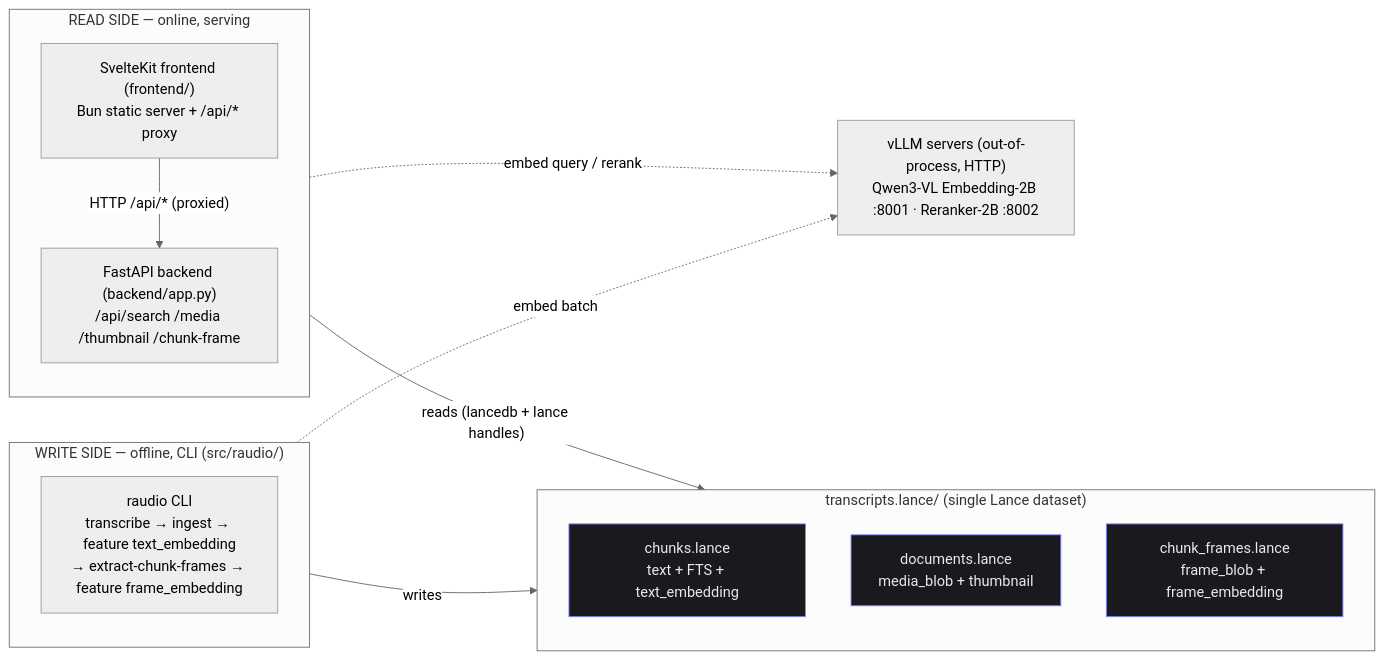
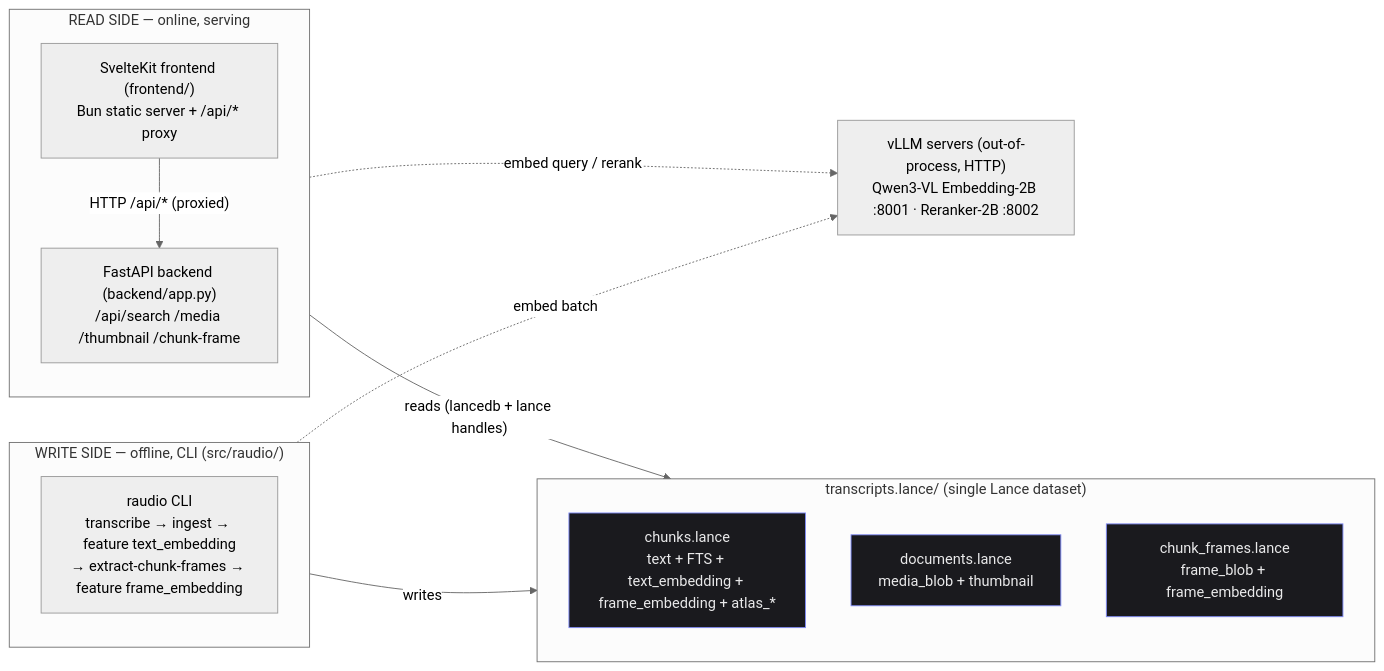
Before and after one commit to Borg93/lance-audio-demo: the first of 4 diagrams in GUIDE.md, drawn with Mermaid (neutral theme). The commit also changed other lines of this file and 29 other files, not shown here.

First line of the commit message:
Embedding Atlas: WebGPU scatter, EVōC text+visual projections, cross-filter

````diff
--- a/GUIDE.md
+++ b/GUIDE.md
@@ -31,31 +31,31 @@
 ```mermaid
 flowchart LR
     subgraph WRITE["WRITE SIDE — offline, CLI (src/raudio/)"]
         direction TB
         CLI["raudio CLI<br/>transcribe → ingest → feature text_embedding<br/>→ extract-chunk-frames → feature frame_embedding"]
     end
 
     subgraph DB["transcripts.lance/ (single Lance dataset)"]
         direction TB
-        T1["chunks.lance<br/>text + FTS + text_embedding"]
+        T1["chunks.lance<br/>text + FTS + text_embedding + frame_embedding + atlas_*"]
         T2["documents.lance<br/>media_blob + thumbnail"]
         T3["chunk_frames.lance<br/>frame_blob + frame_embedding"]
     end
 
     subgraph READ["READ SIDE — online, serving"]
         direction TB
         FE["SvelteKit frontend (frontend/)<br/>Bun static server + /api/* proxy"]
         BE["FastAPI backend (backend/app.py)<br/>/api/search /media /thumbnail /chunk-frame"]
         FE -->|"HTTP /api/* (proxied)"| BE
     end
 
     VLLM["vLLM servers (out-of-process, HTTP)<br/>Qwen3-VL Embedding-2B :8001 · Reranker-2B :8002"]
 
     CLI -->|writes| DB
     BE -->|"reads (lancedb + lance handles)"| DB
     CLI -.->|embed batch| VLLM
     BE -.->|"embed query / rerank"| VLLM
 
     classDef store fill:#1a1a1e,stroke:#818cf8,color:#e9e9ea;
     class T1,T2,T3 store;
 ```
````
